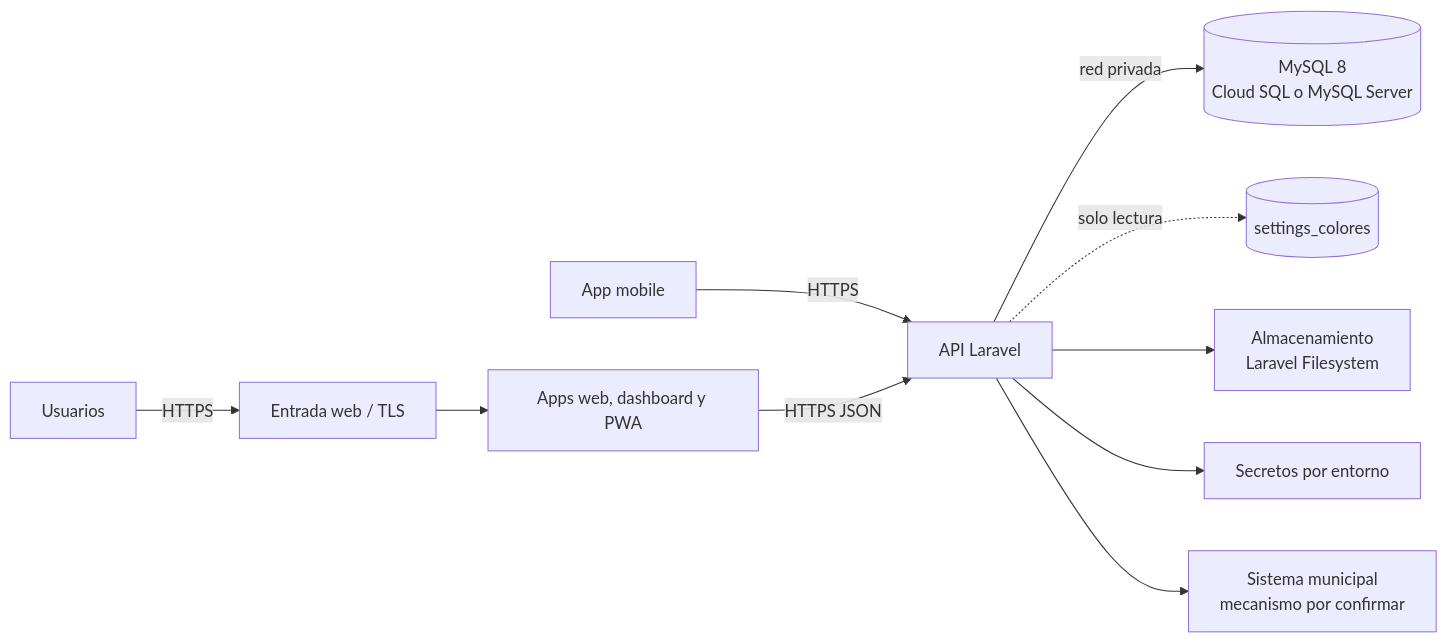
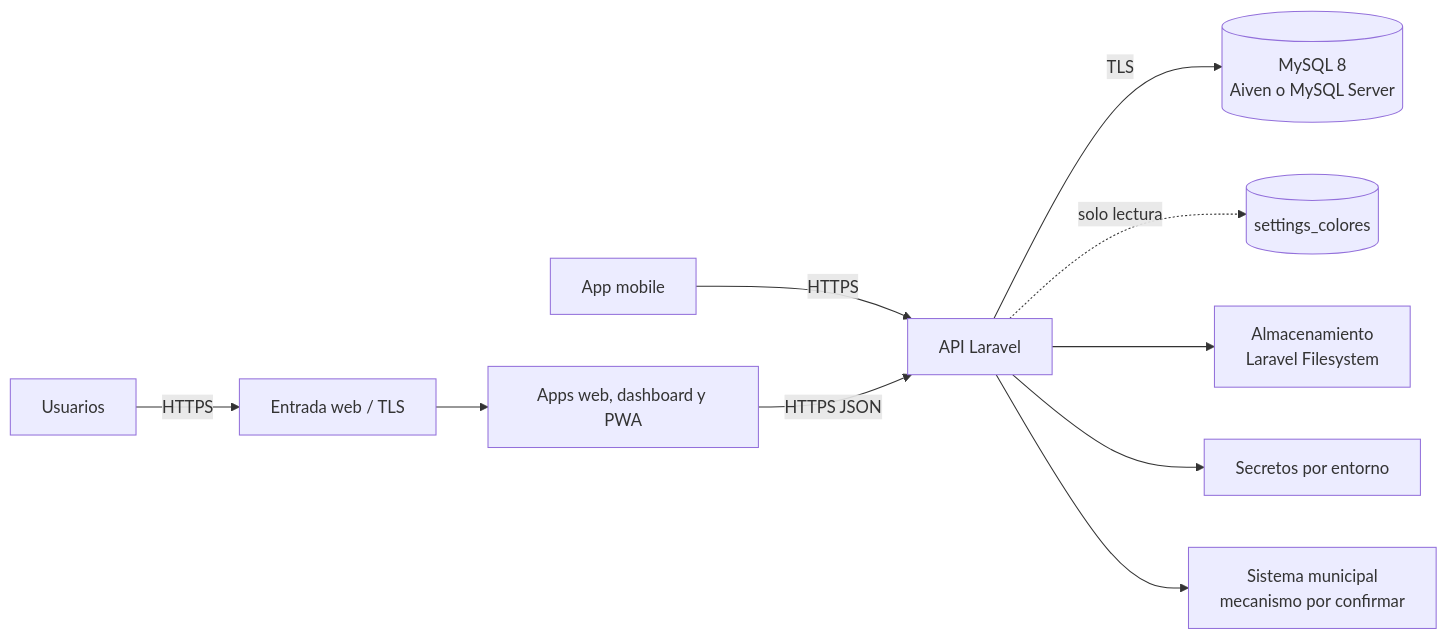
One commit to jonathan241210/integradora101 changed the diagram in docs/arquitectura/despliegue.md. Above: the diagram before and after it, drawn with Mermaid. The commit also changed other lines of this file and 75 other files, not shown here.

````diff
--- a/docs/arquitectura/despliegue.md
+++ b/docs/arquitectura/despliegue.md
@@ -5,12 +5,12 @@
 ```mermaid
 flowchart LR
   Users[Usuarios] -->|HTTPS| Edge[Entrada web / TLS]
   Edge --> Clients[Apps web, dashboard y PWA]
   Mobile[App mobile] -->|HTTPS| API[API Laravel]
   Clients -->|HTTPS JSON| API
-  API -->|red privada| DB[(MySQL 8<br/>Cloud SQL o MySQL Server)]
+  API -->|TLS| DB[(MySQL 8<br/>Aiven o MySQL Server)]
   API -. solo lectura .-> Theme[(settings_colores)]
   API --> Storage[Almacenamiento<br/>Laravel Filesystem]
   API --> Secrets[Secretos por entorno]
   API --> Municipal[Sistema municipal<br/>mecanismo por confirmar]
 ```
````
